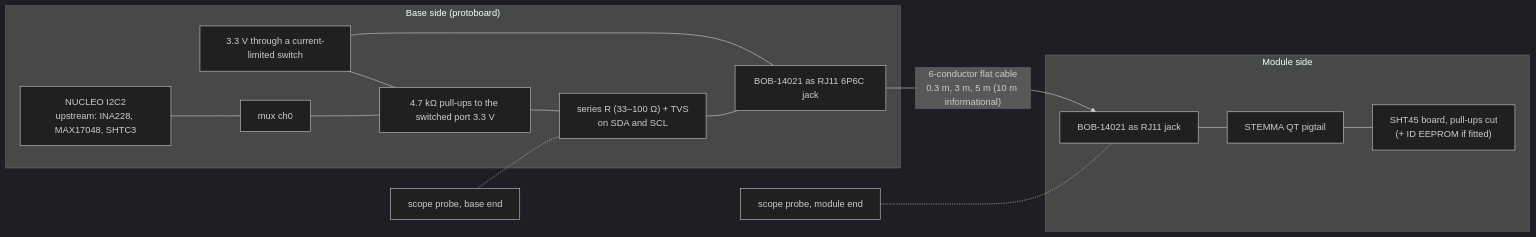
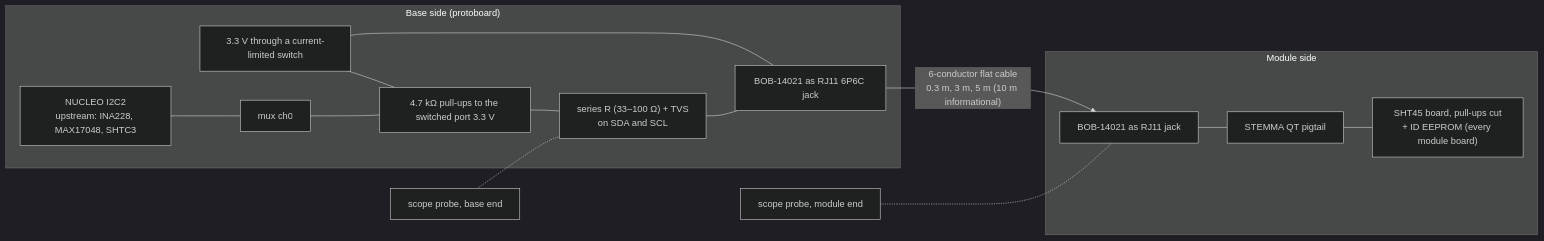
The fourth of 11 diagrams in docs/superpowers/specs/2026-10-21-sensor-module-ports-design.md (clintecker/weather-station-2026), drawn with Mermaid (dark theme) before and after one commit. The commit also changed other lines of this file, not shown here.

First line of the commit message:
Spec: ID EEPROM on every module board (OQ-6 decided)

````diff
--- a/docs/superpowers/specs/2026-10-21-sensor-module-ports-design.md
+++ b/docs/superpowers/specs/2026-10-21-sensor-module-ports-design.md
@@ -184,18 +185,18 @@
 ```mermaid
 flowchart LR
   subgraph B["Base side (protoboard)"]
     MCU["NUCLEO I2C2<br/>upstream: INA228, MAX17048, SHTC3"] --- MUX["mux ch0"]
     LS["3.3 V through a current-limited switch"] --- J1["BOB-14021 as RJ11 6P6C jack"]
     LS --- PU
     MUX --- PU["4.7 kΩ pull-ups to the switched port 3.3 V"]
     PU --- RS["series R (33–100 Ω) + TVS<br/>on SDA and SCL"]
     RS --- J1
   end
   J1 -- "6-conductor flat cable<br/>0.3 m, 3 m, 5 m (10 m informational)" --> J2["BOB-14021 as RJ11 jack"]
   subgraph M["Module side"]
     J2 --- QT["STEMMA QT pigtail"]
-    QT --- S["SHT45 board, pull-ups cut<br/>(+ ID EEPROM if fitted)"]
+    QT --- S["SHT45 board, pull-ups cut<br/>+ ID EEPROM (every module board)"]
   end
   SC1["scope probe, base end"] -.- RS
   SC2["scope probe, module end"] -.- J2
 ```
````
